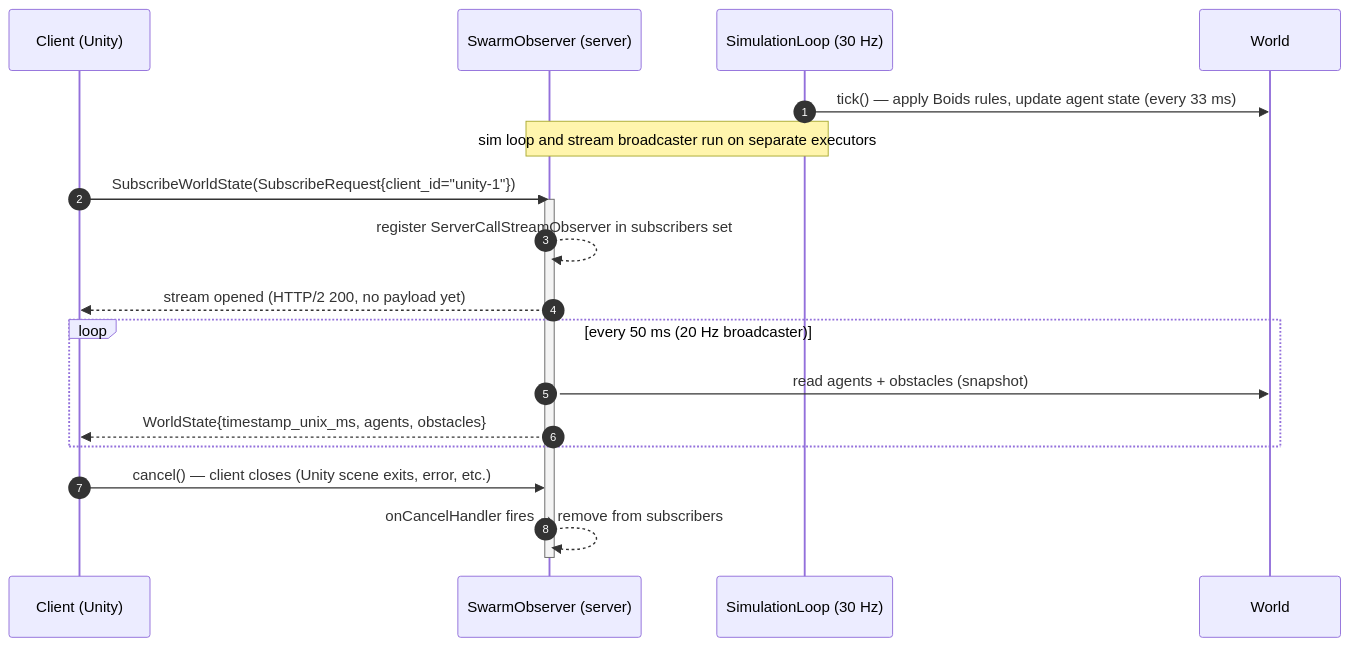
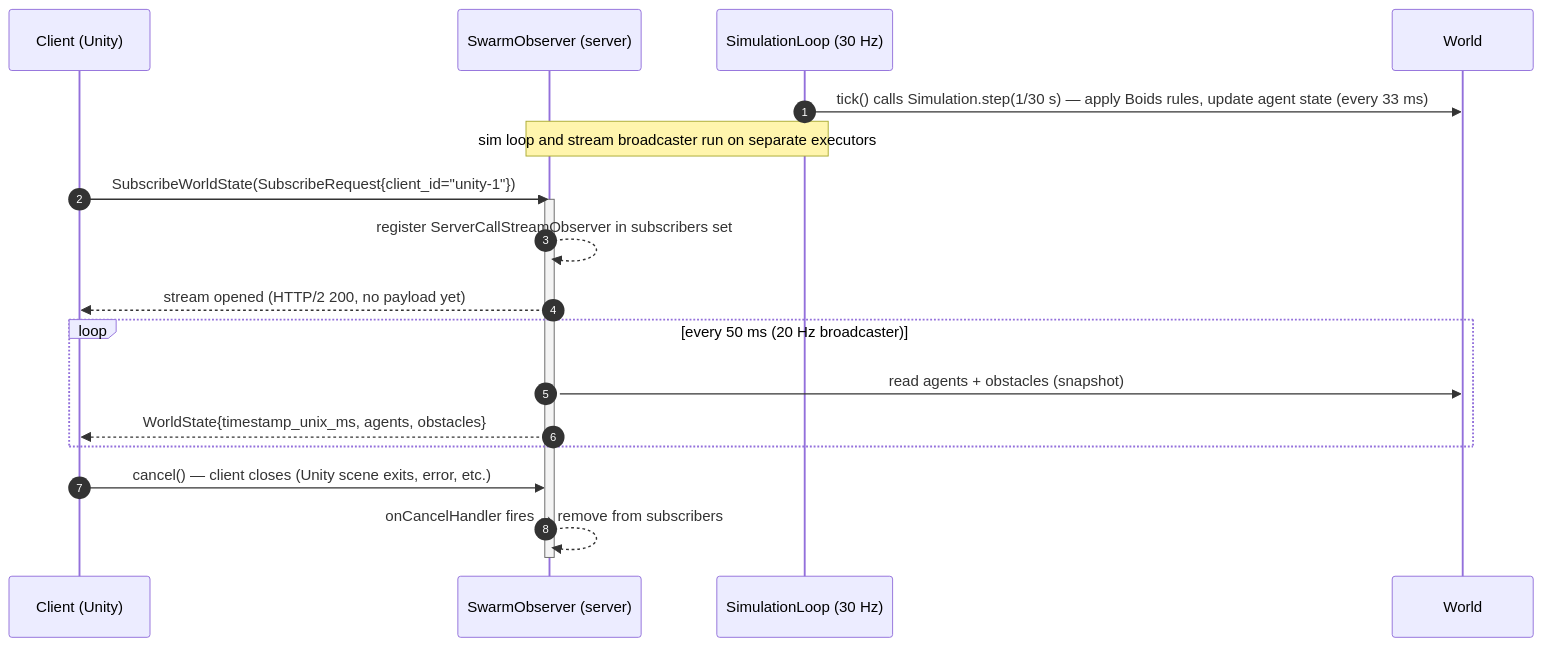
Before and after one commit to gakkel-labs/swarm-simulator: the diagram in docs/02-grpc-contract.md, drawn with Mermaid. The commit also changed 15 other files, not shown here.

First line of the commit message:
feat(server): add a simulation clock and a step(dt) engine without gRPC (#80)

````diff
--- a/docs/02-grpc-contract.md
+++ b/docs/02-grpc-contract.md
@@ -29,25 +29,25 @@
 ```mermaid
 sequenceDiagram
     autonumber
     participant C as Client (Unity)
     participant S as SwarmObserver (server)
     participant L as SimulationLoop (30 Hz)
     participant W as World
 
-    L->>W: tick() — apply Boids rules, update agent state (every 33 ms)
+    L->>W: tick() calls Simulation.step(1/30 s) — apply Boids rules, update agent state (every 33 ms)
     Note over S,L: sim loop and stream broadcaster run on separate executors
 
     C->>S: SubscribeWorldState(SubscribeRequest{client_id="unity-1"})
     activate S
     S-->>S: register ServerCallStreamObserver in subscribers set
     S-->>C: stream opened (HTTP/2 200, no payload yet)
 
     loop every 50 ms (20 Hz broadcaster)
         S->>W: read agents + obstacles (snapshot)
         S-->>C: WorldState{timestamp_unix_ms, agents, obstacles}
     end
 
     C->>S: cancel() — client closes (Unity scene exits, error, etc.)
     S-->>S: onCancelHandler fires → remove from subscribers
     deactivate S
 ```
````
